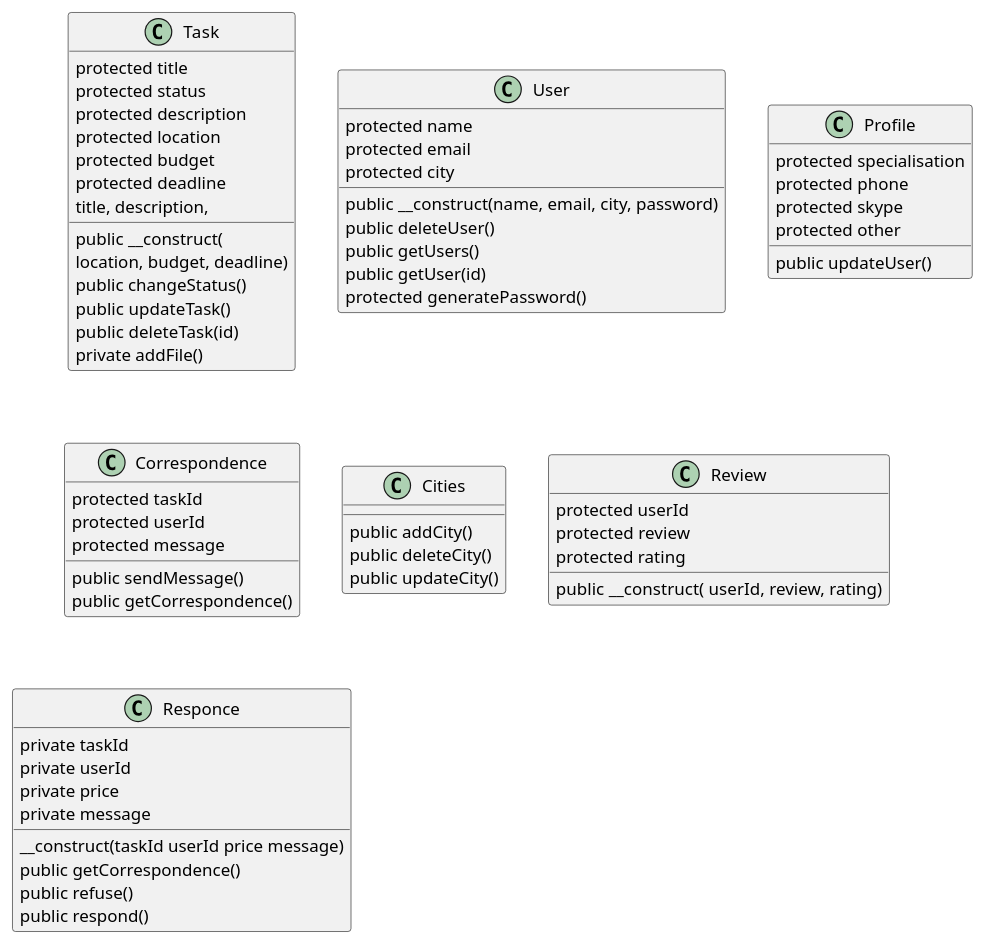
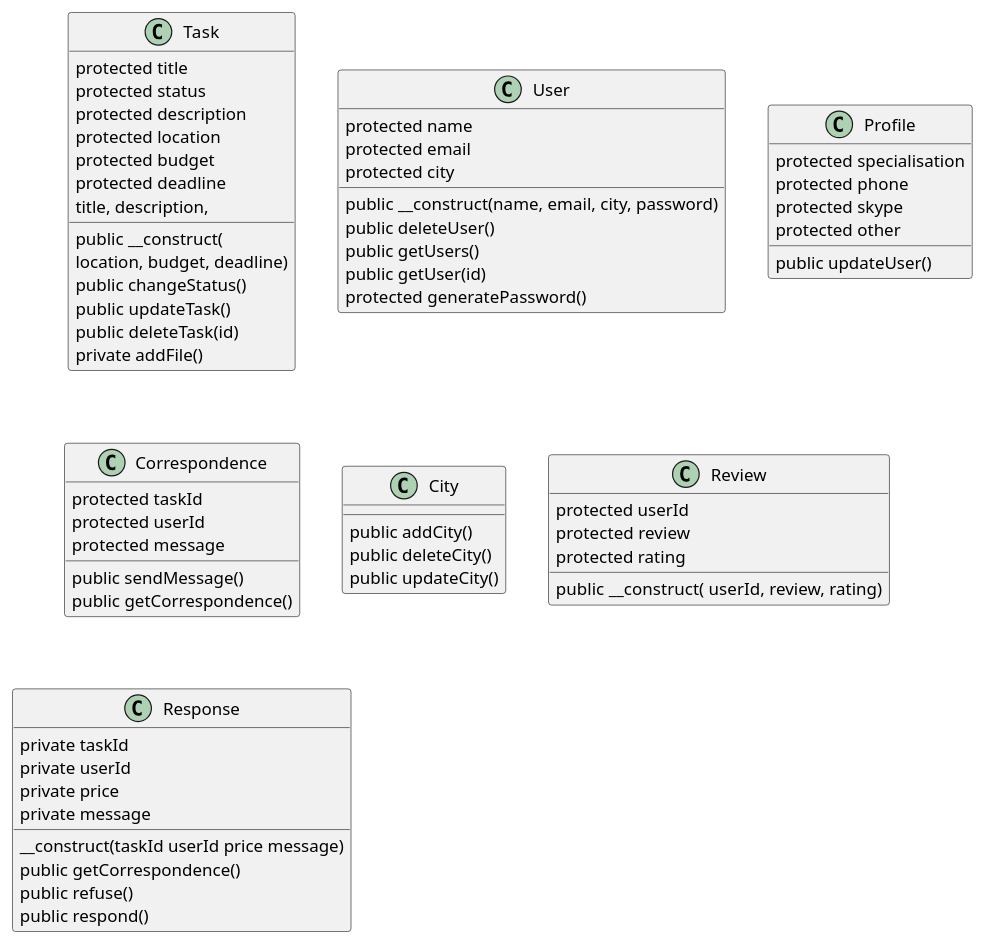
One commit to htmlacademy-yii/1043553-task-force-1 changed the diagram in taskForceUML.puml. Above: the diagram before and after it, drawn with PlantUML. The commit also changed 9 other files, not shown here.

```diff
--- a/taskForceUML.puml
+++ b/taskForceUML.puml
@@ -1,77 +1,77 @@
 @startuml
 
 class Task{
 protected title
 protected status
 protected description
 protected location
 protected budget
 protected deadline
 public __construct(
 title, description,
 location, budget, deadline)
 public changeStatus()
 public updateTask()
 public deleteTask(id)
 private addFile()
 }
 
 class User {
 protected name
 protected email
 protected city
 
 public __construct(name, email, city, password)
 public deleteUser()
 public getUsers()
 public getUser(id)
 protected generatePassword()
 
 }
 
 class Profile {
 protected specialisation
 protected phone
 protected skype
 protected other
 public updateUser()
 }
 
 class Correspondence {
 protected taskId
 protected userId
 protected message
 
 public sendMessage()
 public getCorrespondence()
 
 }
 
-class Cities {
+class City {
 
 public addCity()
 public deleteCity()
 public updateCity()
 
 }
 
 class Review {
 protected userId
 protected review
 protected rating
 public __construct( userId, review, rating)
 
 }
 
-class Responce {
+class Response {
 private taskId
 private userId
 private price
 private message
 __construct(taskId userId price message)
 public getCorrespondence()
 public refuse()
 public respond()
 }
 
 @enduml
```
